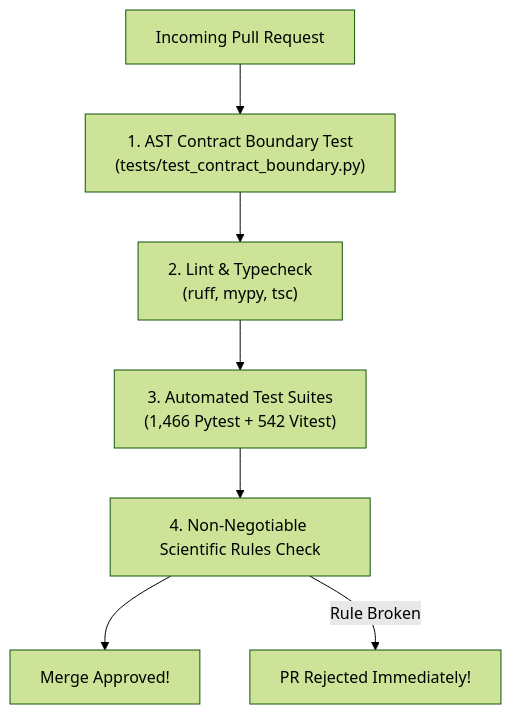
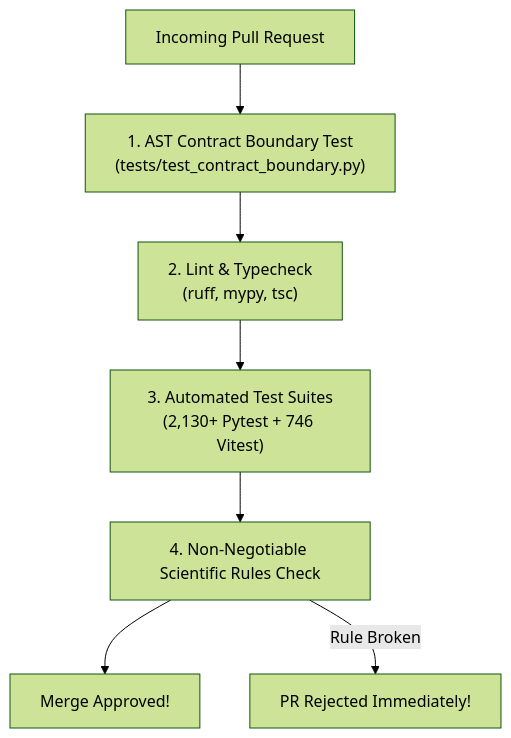
One commit to Viraj281105/GroundTruth changed the first of 2 diagrams in CONTRIBUTING.md. Above: the diagram before and after it, drawn with Mermaid (forest theme). The commit also changed other lines of this file and 71 other files, not shown here.

````diff
--- a/CONTRIBUTING.md
+++ b/CONTRIBUTING.md
@@ -14,10 +14,10 @@
 ```mermaid
 flowchart TD
     PR["Incoming Pull Request"] --> AST["1. AST Contract Boundary Test<br/>(tests/test_contract_boundary.py)"]
     AST --> Lint["2. Lint & Typecheck<br/>(ruff, mypy, tsc)"]
-    Lint --> Tests["3. Automated Test Suites<br/>(1,466 Pytest + 542 Vitest)"]
+    Lint --> Tests["3. Automated Test Suites<br/>(2,130+ Pytest + 746 Vitest)"]
     Tests --> ScienceAudit["4. Non-Negotiable Scientific Rules Check"]
     
     ScienceAudit --> Pass["Merge Approved!"]
     ScienceAudit -- "Rule Broken" --> Reject["PR Rejected Immediately!"]
 ```
````
